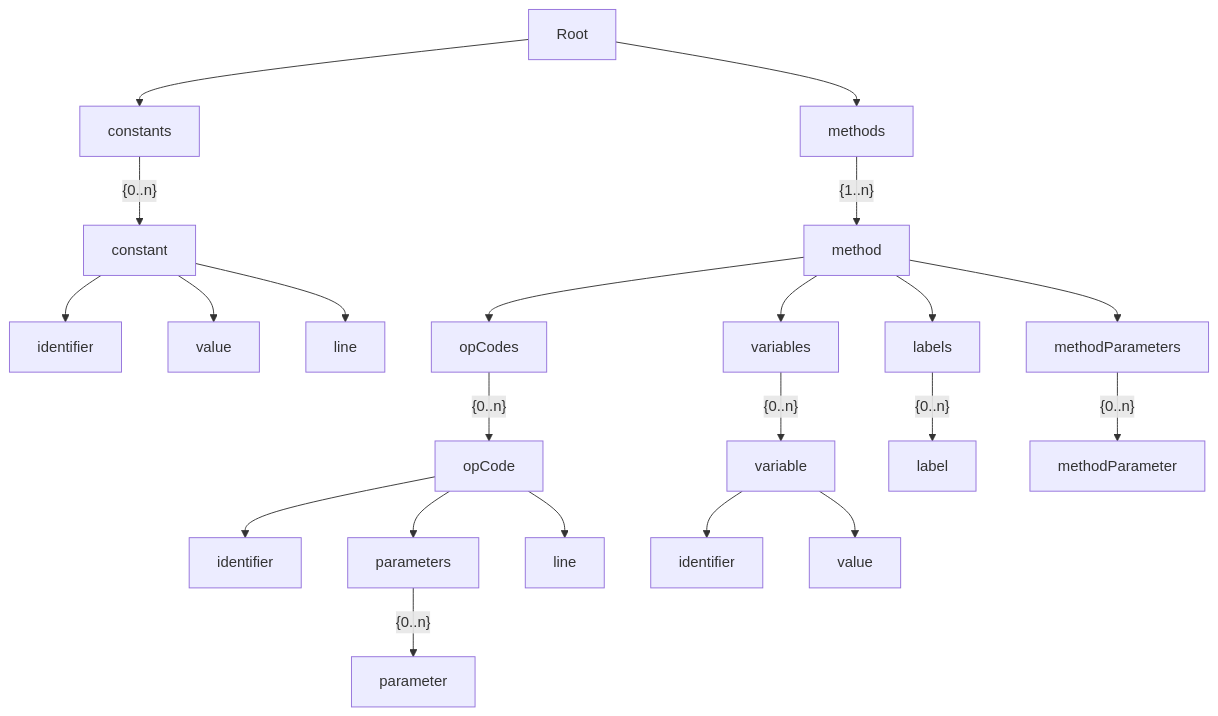
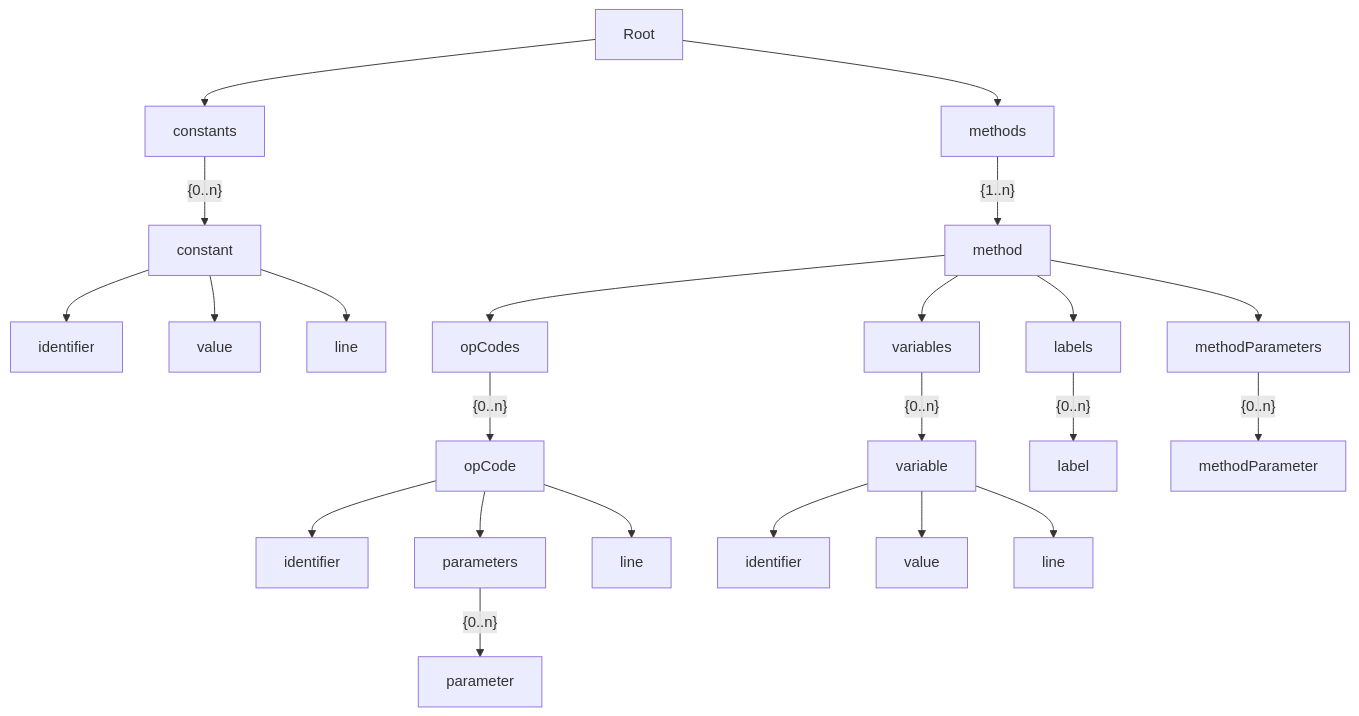
The diagram in diagrams/AST.md (YasinKavuk/mic-1-interactive), drawn with Mermaid before and after one commit. The commit also changed 1 other file, not shown here.

Commit message:
#192: added editorline to variable node

````diff
--- a/diagrams/AST.md
+++ b/diagrams/AST.md
@@ -1,51 +1,53 @@
 ```mermaid
 graph TB
     R[Root]
     VAL1[value]
     VAL4[value]
     I1[identifier]
     I4[identifier]
     I6[identifier]
     C[constants]
     C1[constant]
     VS3[variables]
     V3[variable]
     METPS[methodParameters]
     METP[methodParameter]
     MET[method]
     METS[methods]
     OPC2[opCodes]
     OP2[opCode]
     PS2[parameters]
     P2[parameter]
     LS2[labels]
     L2[label]
     LN1[line]
+    LN2[line]
     LN3[line]
 
 
     R-->C
     R-->METS
 
     METS-- {1..n} -->MET
 
     C-- {0..n} -->C1
     C1-->I1
     C1-->VAL1
     C1-->LN1
 
     MET-->OPC2
     OPC2-- {0..n} -->OP2
     OP2-->I4
     OP2-->PS2
     PS2-- {0..n} -->P2
     MET-->VS3
     VS3-- {0..n} -->V3
     V3-->I6
     V3-->VAL4
+    V3-->LN2
     MET-->LS2
     LS2-- {0..n} -->L2
     OP2-->LN3
     MET-->METPS
     METPS-- {0..n} -->METP
 ```
````
